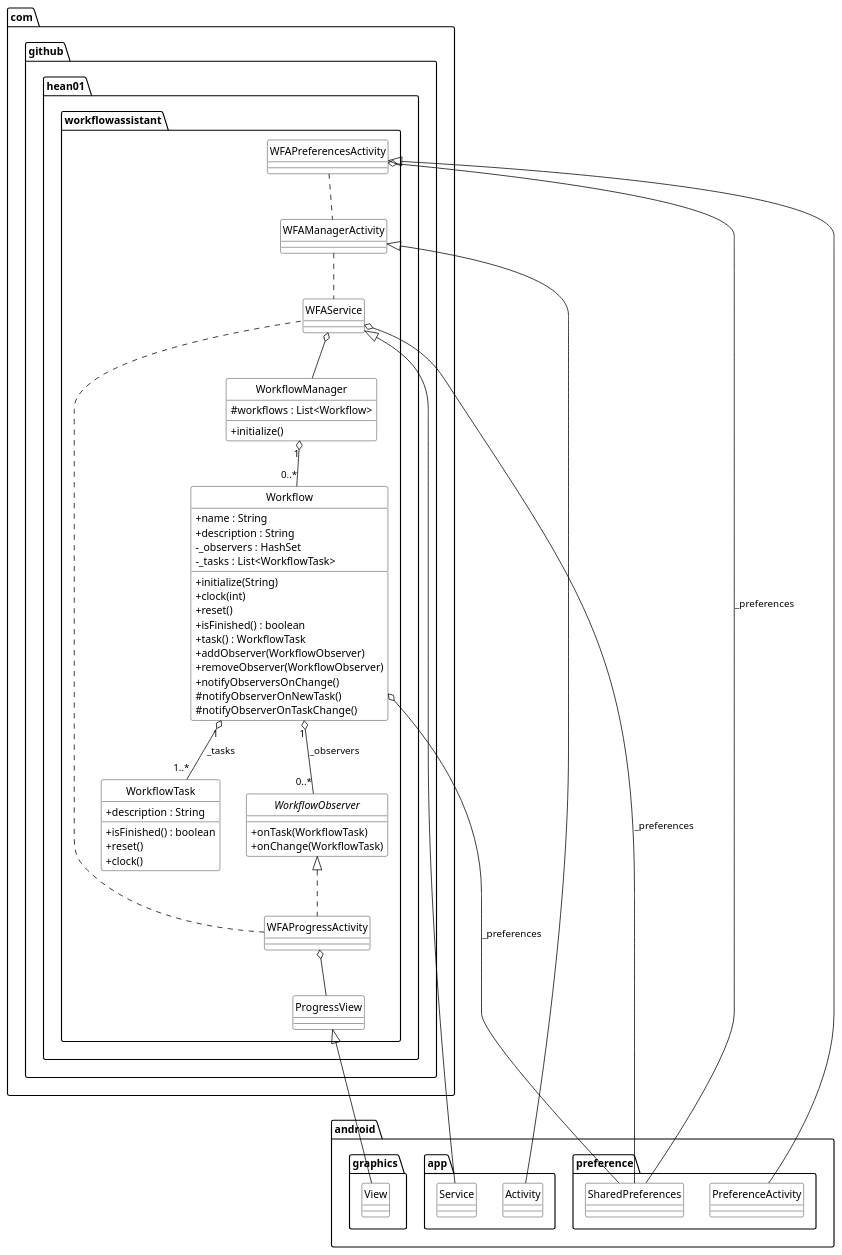
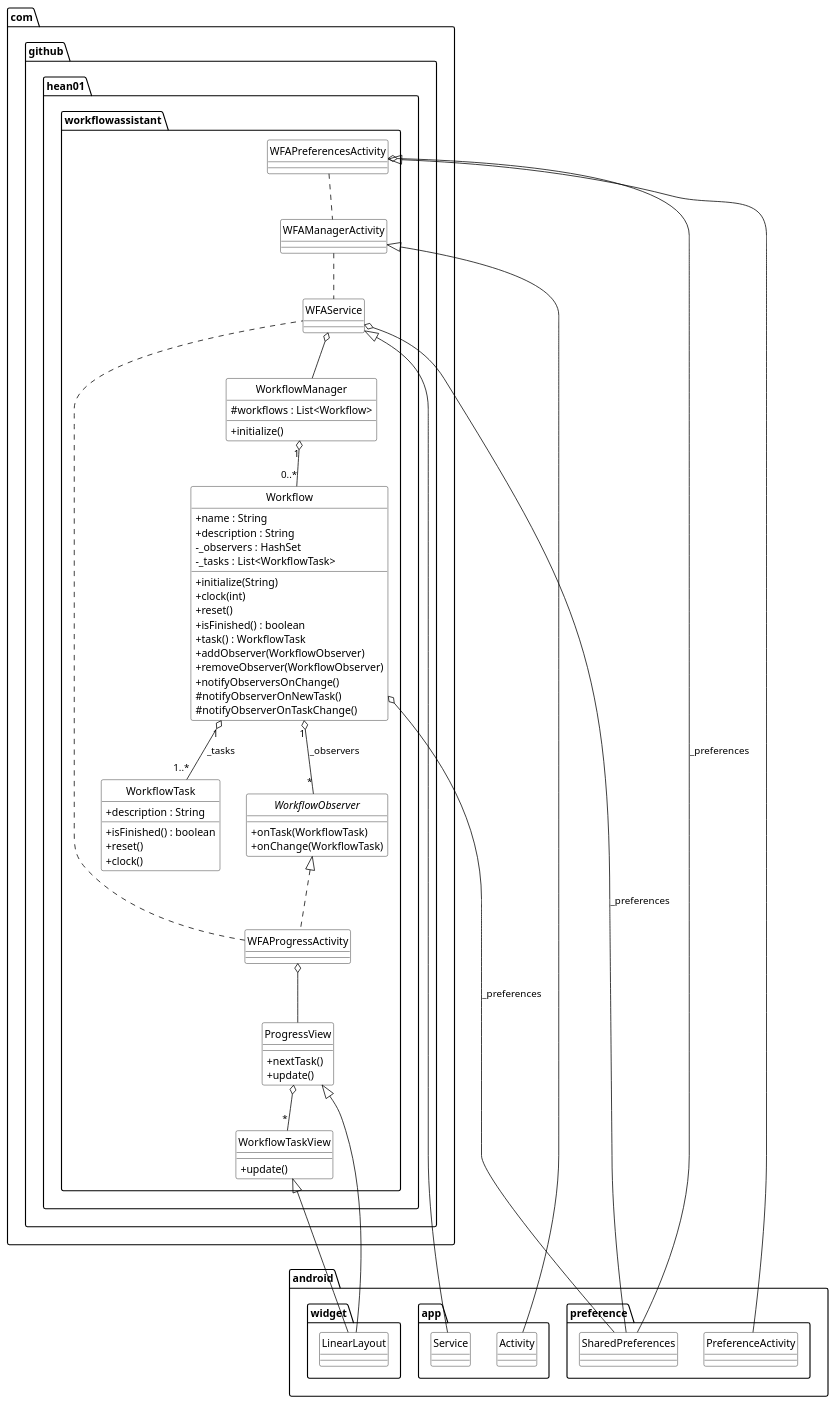
The diagram in docs/internals.org (hean01/wfa), drawn with PlantUML before and after one commit. The commit also changed other lines of this file and 3 other files, not shown here.

Commit message:
Refactored the whole progress view, and made it fullscreen.

```diff
--- a/docs/internals.org
+++ b/docs/internals.org
@@ -77,6 +79,12 @@
 }
 
 class ProgressView {
+ + nextTask()
+ + update()
+}
+
+class WorkflowTaskView {
+ + update()
 }
 
 class WorkflowManager {
@@ -128,8 +136,10 @@
 WFAService o-- WorkflowManager
 WFAService o-- android.preference.SharedPreferences : _preferences
 WorkflowManager "1" o-- "0..*" Workflow
-Workflow "1" o-- "0..*" WorkflowObserver : _observers
+Workflow "1" o-- "*" WorkflowObserver : _observers
 Workflow "1" o-- "1..*" WorkflowTask : _tasks
 Workflow o-- android.preference.SharedPreferences : _preferences
-ProgressView <|-- android.graphics.View
+ProgressView o-- "*" WorkflowTaskView
+ProgressView <|-- android.widget.LinearLayout
+WorkflowTaskView <|-- android.widget.LinearLayout
 #+END_SRC
```
